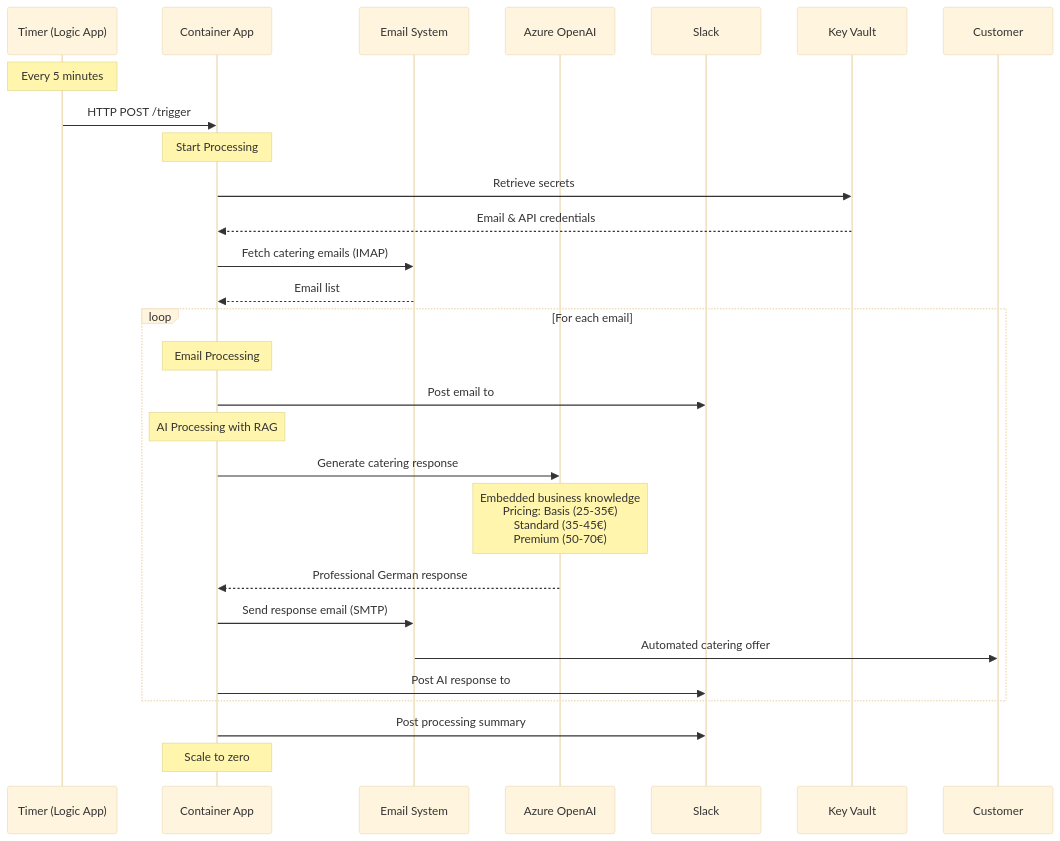
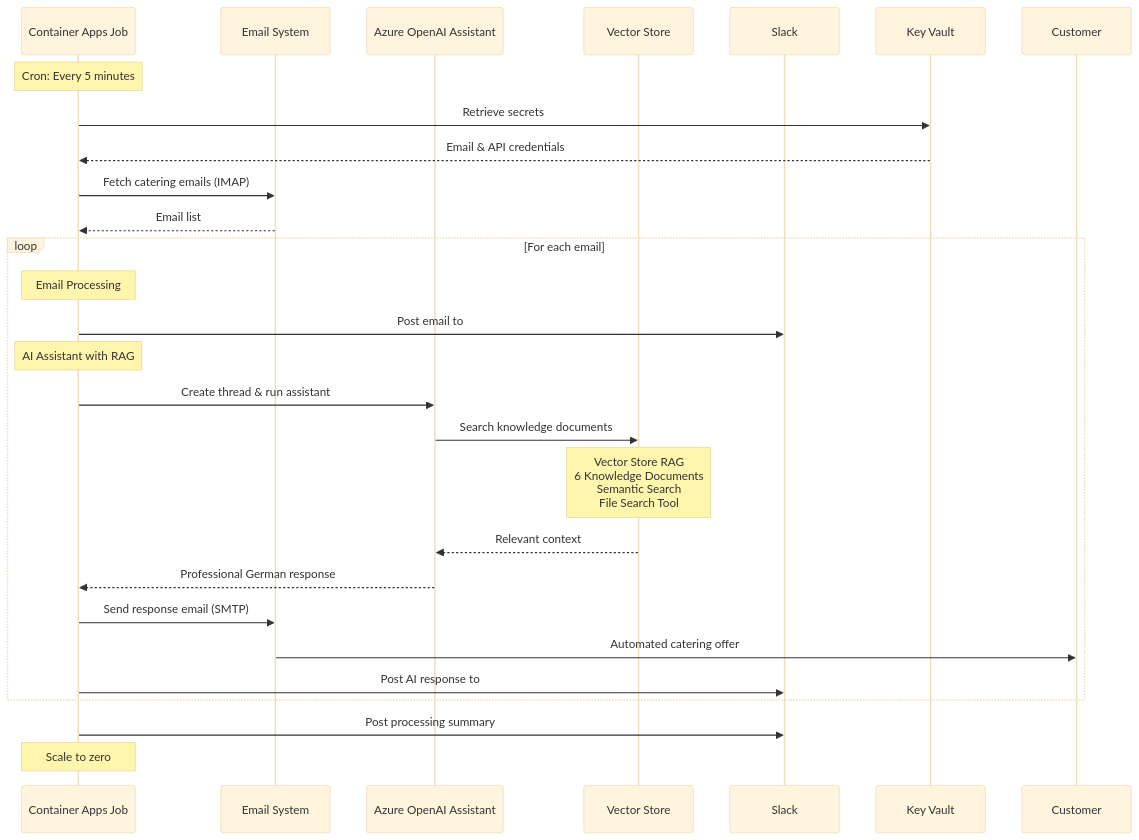
Before and after one commit to ma3u/jasmin-catering-ai-agent: the second of 5 diagrams in README.md, drawn with Mermaid (base theme). The commit also changed other lines of this file and 8 other files, not shown here.

First line of the commit message:
feat: Complete enhanced RAG system with Azure OpenAI Assistant

````diff
--- a/README.md
+++ b/README.md
@@ -56,38 +57,37 @@
 ```mermaid
 sequenceDiagram
-    participant T as Timer (Logic App)
-    participant C as Container App
+    participant CJ as Container Apps Job
     participant E as Email System
-    participant AI as Azure OpenAI
+    participant AI as Azure OpenAI Assistant
+    participant VS as Vector Store
     participant S as Slack
     participant KV as Key Vault
     participant CU as Customer
     
-    Note over T: Every 5 minutes
-    T->>C: HTTP POST /trigger
+    Note over CJ: Cron: Every 5 minutes
+    CJ->>KV: Retrieve secrets
+    KV-->>CJ: Email & API credentials
     
-    Note over C: Start Processing
-    C->>KV: Retrieve secrets
-    KV-->>C: Email & API credentials
-    
-    C->>E: Fetch catering emails (IMAP)
-    E-->>C: Email list
+    CJ->>E: Fetch catering emails (IMAP)
+    E-->>CJ: Email list
     
     loop For each email
-        Note over C: Email Processing
-        C->>S: Post email to #requests channel
+        Note over CJ: Email Processing
+        CJ->>S: Post email to #requests channel
         
-        Note over C: AI Processing with RAG
-        C->>AI: Generate catering response
-        Note over AI: Embedded business knowledge<br/>Pricing: Basis (25-35€)<br/>Standard (35-45€)<br/>Premium (50-70€)
-        AI-->>C: Professional German response
+        Note over CJ: AI Assistant with RAG
+        CJ->>AI: Create thread & run assistant
+        AI->>VS: Search knowledge documents
+        Note over VS: Vector Store RAG<br/>6 Knowledge Documents<br/>Semantic Search<br/>File Search Tool
+        VS-->>AI: Relevant context
+        AI-->>CJ: Professional German response
         
-        C->>E: Send response email (SMTP)
+        CJ->>E: Send response email (SMTP)
         E->>CU: Automated catering offer
         
-        C->>S: Post AI response to #responses channel
+        CJ->>S: Post AI response to #responses channel
     end
     
-    C->>S: Post processing summary
-    Note over C: Scale to zero
+    CJ->>S: Post processing summary
+    Note over CJ: Scale to zero
 ```
````
